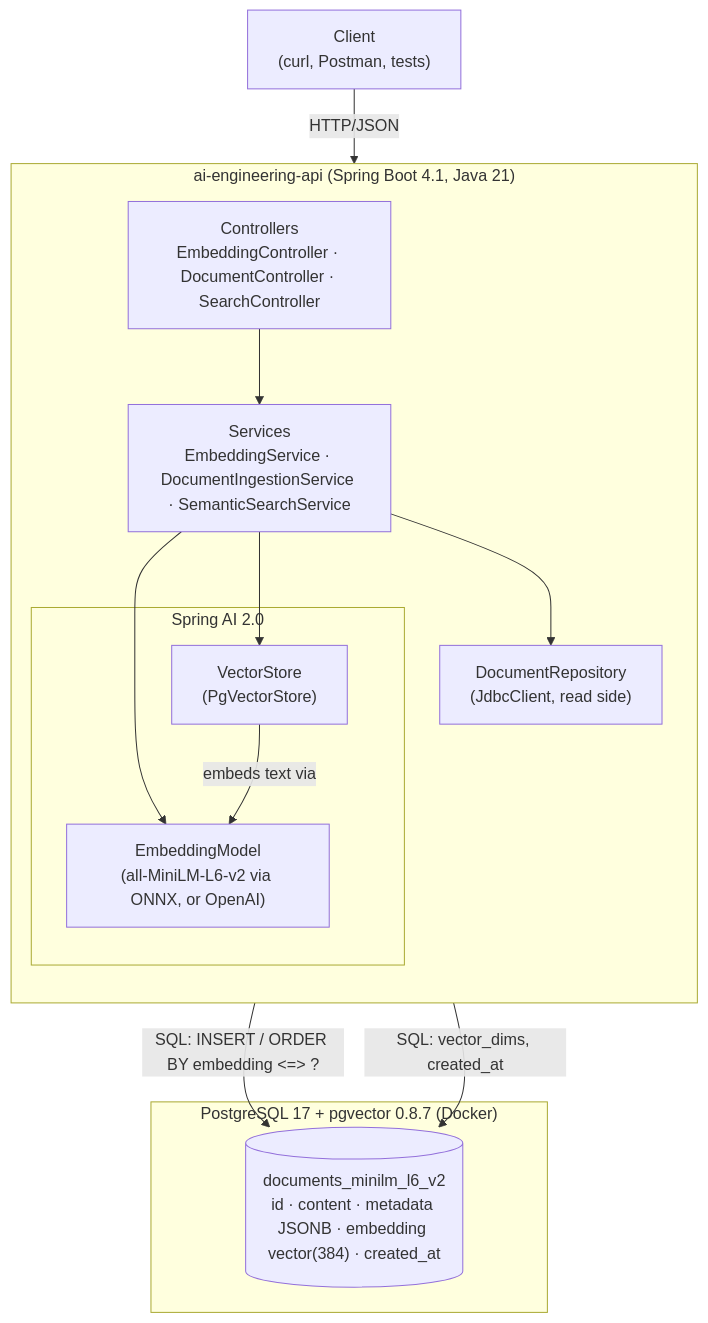
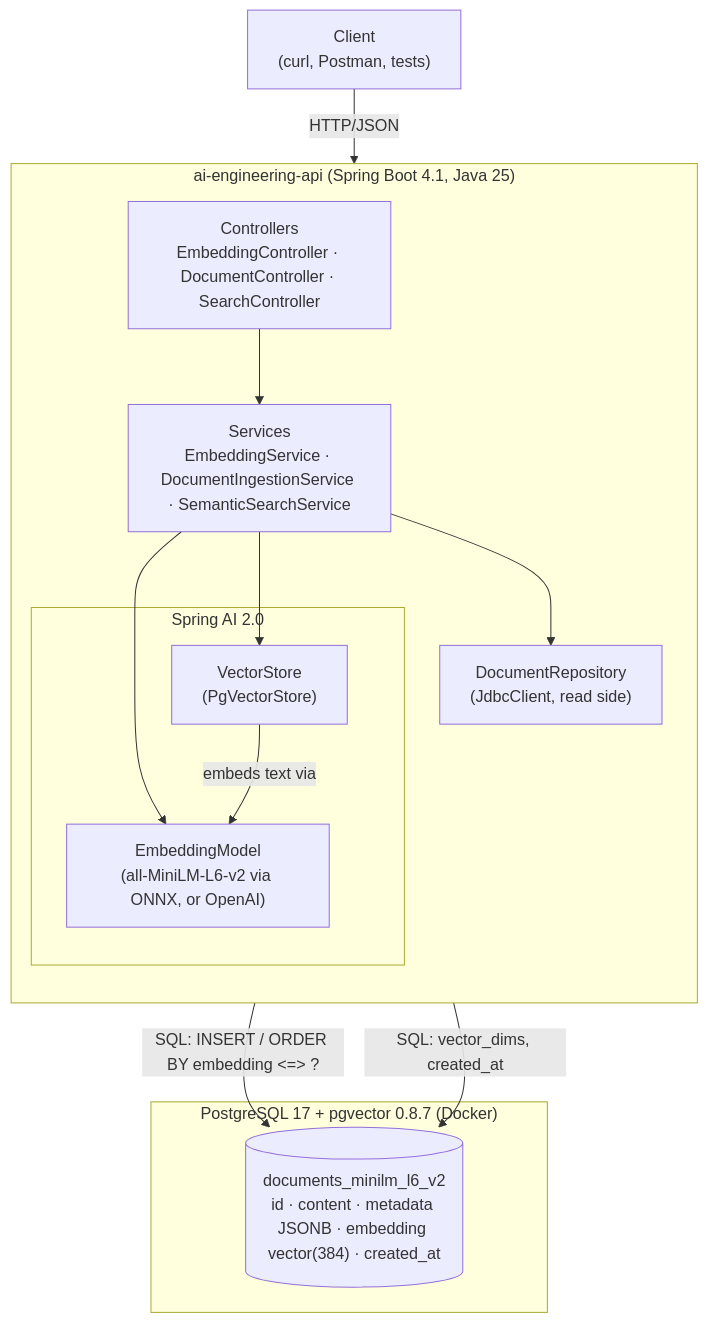
The third of 3 diagrams in docs/architecture/overview.md (ARGOD2213/ai-engineering-lab), drawn with Mermaid before and after one commit. The commit also changed 3 other files, not shown here.

````diff
--- a/docs/architecture/overview.md
+++ b/docs/architecture/overview.md
@@ -19,27 +19,27 @@
 ```mermaid
 flowchart TB
     client["Client<br/>(curl, Postman, tests)"]
 
-    subgraph app["ai-engineering-api (Spring Boot 4.1, Java 21)"]
+    subgraph app["ai-engineering-api (Spring Boot 4.1, Java 25)"]
         direction TB
         controllers["Controllers<br/>EmbeddingController · DocumentController · SearchController"]
         services["Services<br/>EmbeddingService · DocumentIngestionService · SemanticSearchService"]
         subgraph springai["Spring AI 2.0"]
             embeddingModel["EmbeddingModel<br/>(all-MiniLM-L6-v2 via ONNX, or OpenAI)"]
             vectorStore["VectorStore<br/>(PgVectorStore)"]
         end
         repository["DocumentRepository<br/>(JdbcClient, read side)"]
     end
 
     subgraph db["PostgreSQL 17 + pgvector 0.8.7 (Docker)"]
         table[("documents_minilm_l6_v2<br/>id · content · metadata JSONB · embedding vector(384) · created_at")]
     end
 
     client -->|HTTP/JSON| controllers --> services
     services --> embeddingModel
     services --> vectorStore
     services --> repository
     vectorStore -->|embeds text via| embeddingModel
     vectorStore -->|SQL: INSERT / ORDER BY embedding #lt;=#gt; ?| table
     repository -->|SQL: vector_dims, created_at| table
 ```
````
